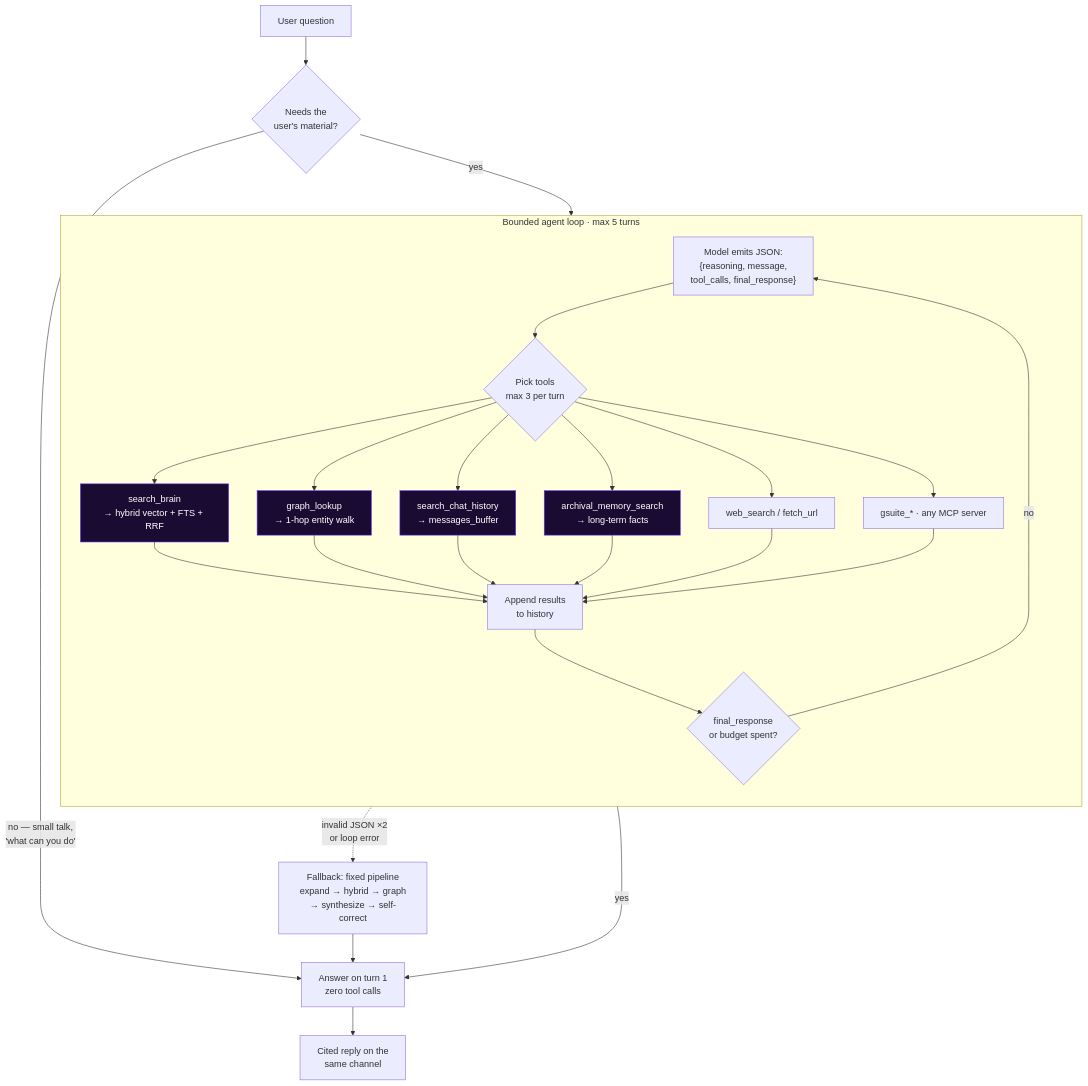
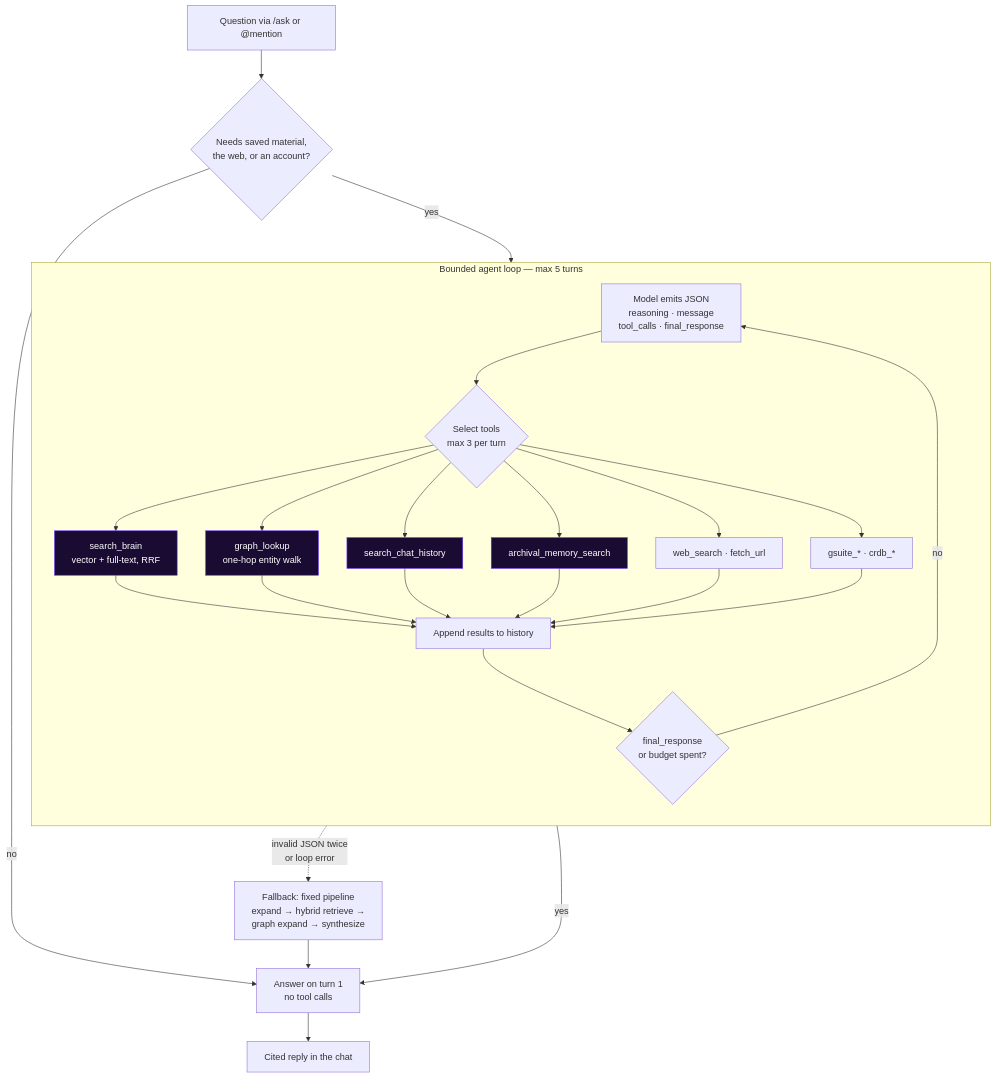
Before and after one commit to mohitdixit02/arnheid: the third of 3 diagrams in README.md, drawn with Mermaid. The commit also changed other lines of this file, not shown here.

````diff
--- a/README.md
+++ b/README.md
@@ -227,36 +234,36 @@
 ```mermaid
 flowchart TB
-    Q["User question"] --> ROUTE{"Needs the<br/>user's material?"}
-    ROUTE -->|"no — small talk,<br/>'what can you do'"| ANS["Answer on turn 1<br/>zero tool calls"]
+    Q["Question via /ask or @mention"] --> ROUTE{"Needs saved material,<br/>the web, or an account?"}
+    ROUTE -->|no| ANS["Answer on turn 1<br/>no tool calls"]
     ROUTE -->|yes| LOOP
 
-    subgraph LOOP["Bounded agent loop · max 5 turns"]
+    subgraph LOOP["Bounded agent loop — max 5 turns"]
         direction TB
-        THINK["Model emits JSON:<br/>{reasoning, message,<br/>tool_calls, final_response}"]
-        THINK --> PICK{"Pick tools<br/>max 3 per turn"}
-        PICK --> T1["search_brain<br/>→ hybrid vector + FTS + RRF"]
-        PICK --> T2["graph_lookup<br/>→ 1-hop entity walk"]
-        PICK --> T3["search_chat_history<br/>→ messages_buffer"]
-        PICK --> T4["archival_memory_search<br/>→ long-term facts"]
-        PICK --> T5["web_search / fetch_url"]
-        PICK --> T6["gsuite_* · any MCP server"]
-        T1 --> FEED["Append results<br/>to history"]
+        THINK["Model emits JSON<br/>reasoning · message<br/>tool_calls · final_response"]
+        THINK --> PICK{"Select tools<br/>max 3 per turn"}
+        PICK --> T1["search_brain<br/>vector + full-text, RRF"]
+        PICK --> T2["graph_lookup<br/>one-hop entity walk"]
+        PICK --> T3["search_chat_history"]
+        PICK --> T4["archival_memory_search"]
+        PICK --> T5["web_search · fetch_url"]
+        PICK --> T6["gsuite_* · crdb_*"]
+        T1 --> FEED["Append results to history"]
         T2 --> FEED
         T3 --> FEED
         T4 --> FEED
         T5 --> FEED
         T6 --> FEED
         FEED --> BUDGET{"final_response<br/>or budget spent?"}
         BUDGET -->|no| THINK
     end
 
     BUDGET -->|yes| ANS
-    LOOP -.->|"invalid JSON ×2<br/>or loop error"| FIXED["Fallback: fixed pipeline<br/>expand → hybrid → graph<br/>→ synthesize → self-correct"]
+    LOOP -.->|"invalid JSON twice<br/>or loop error"| FIXED["Fallback: fixed pipeline<br/>expand → hybrid retrieve →<br/>graph expand → synthesize"]
     FIXED --> ANS
-    ANS --> OUT["Cited reply on the<br/>same channel"]
+    ANS --> OUT["Cited reply in the chat"]
 
     style T1 fill:#1a0b33,stroke:#6933FF,color:#fff
     style T2 fill:#1a0b33,stroke:#6933FF,color:#fff
     style T3 fill:#1a0b33,stroke:#6933FF,color:#fff
     style T4 fill:#1a0b33,stroke:#6933FF,color:#fff
 ```
````
